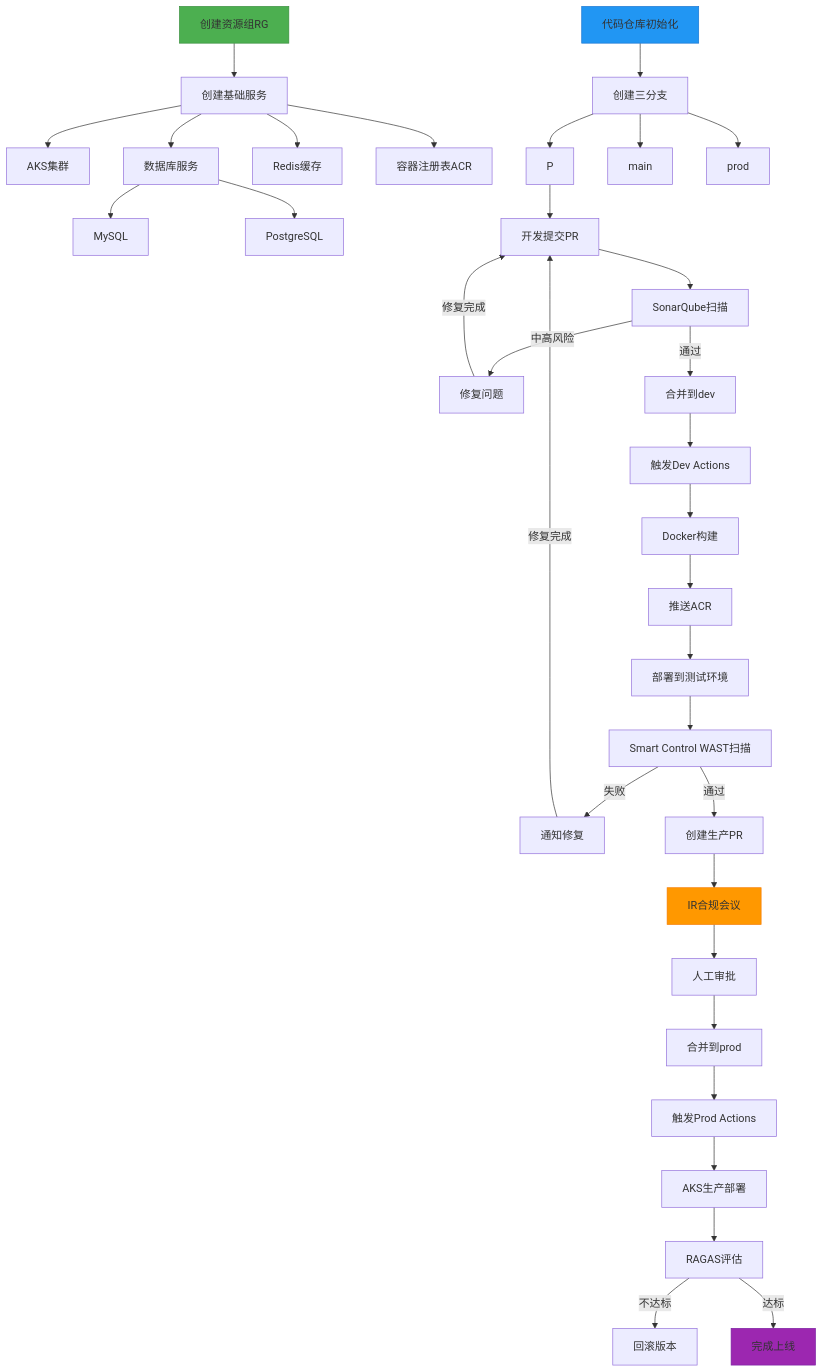
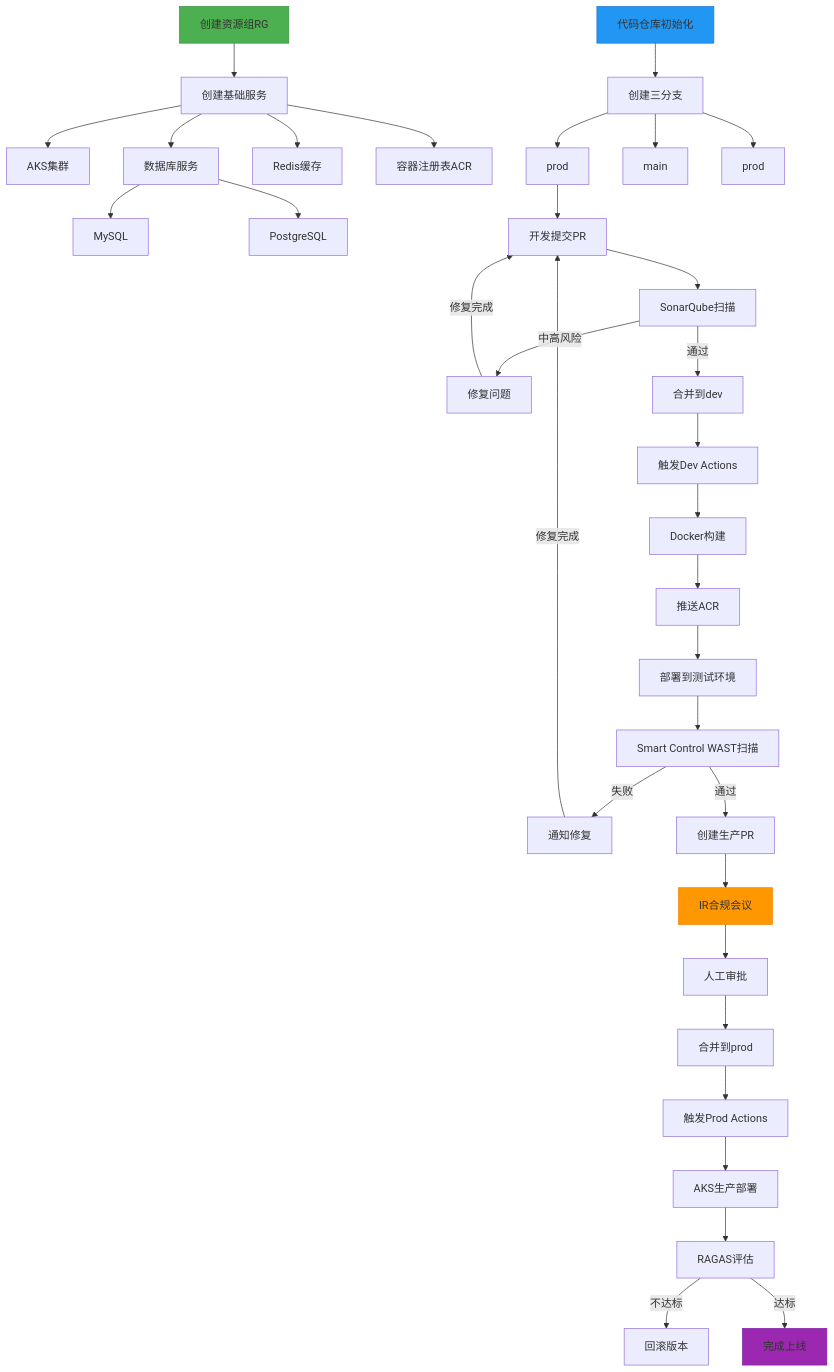
Before and after one commit to funnyData/iodraw-files: the diagram in all/未命名-1.md, drawn with Mermaid.

Commit message:
2025-02-27 01:22:24 update

````diff
--- a/all/未命名-1.md
+++ b/all/未命名-1.md
@@ -1,51 +1,51 @@
 ```mermaid
 graph TD
     A[创建资源组RG] --> B[创建基础服务]
     B --> C[AKS集群]
     B --> D[数据库服务]
     D --> DA[MySQL]
     D --> DB[PostgreSQL]
     B --> E[Redis缓存]
     B --> F[容器注册表ACR]
     
     G[代码仓库初始化] --> H[创建三分支]
-    H --> I[P]
+    H --> I[prod]
     H --> J[main]
     H --> K[prod]
     
     I --> L[开发提交PR]
     L --> M[SonarQube扫描]
     M -->|中高风险| N[修复问题]
     N -->|修复完成|L
     M -->|通过| O[合并到dev]
     
     O --> P[触发Dev Actions]
     P --> Q[Docker构建]
     Q --> R[推送ACR]
     R --> S[部署到测试环境]
     
     S --> T[Smart Control WAST扫描]
     T -->|失败| U[通知修复]
     U --> |修复完成|L
     
     T -->|通过| V[创建生产PR]
     
     V --> W[IR合规会议]
     W --> X[人工审批]
     X --> Y[合并到prod]
     
     Y --> Z[触发Prod Actions]
     Z --> AC[AKS生产部署]
     %% Z --> AA[安全扫描]
     %% AA -->|高风险| AB[终止部署]
     %% AA -->|通过| AC[AKS生产部署]
     
     AC --> AD[RAGAS评估]
     AD -->|不达标| AE[回滚版本]
     AD -->|达标| AF[完成上线]
     
     style A fill:#4CAF50,stroke:#388E3C
     style G fill:#2196F3,stroke:#1976D2
     style W fill:#FF9800,stroke:#F57C00
     style AF fill:#9C27B0,stroke:#7B1FA2
 ```
````
